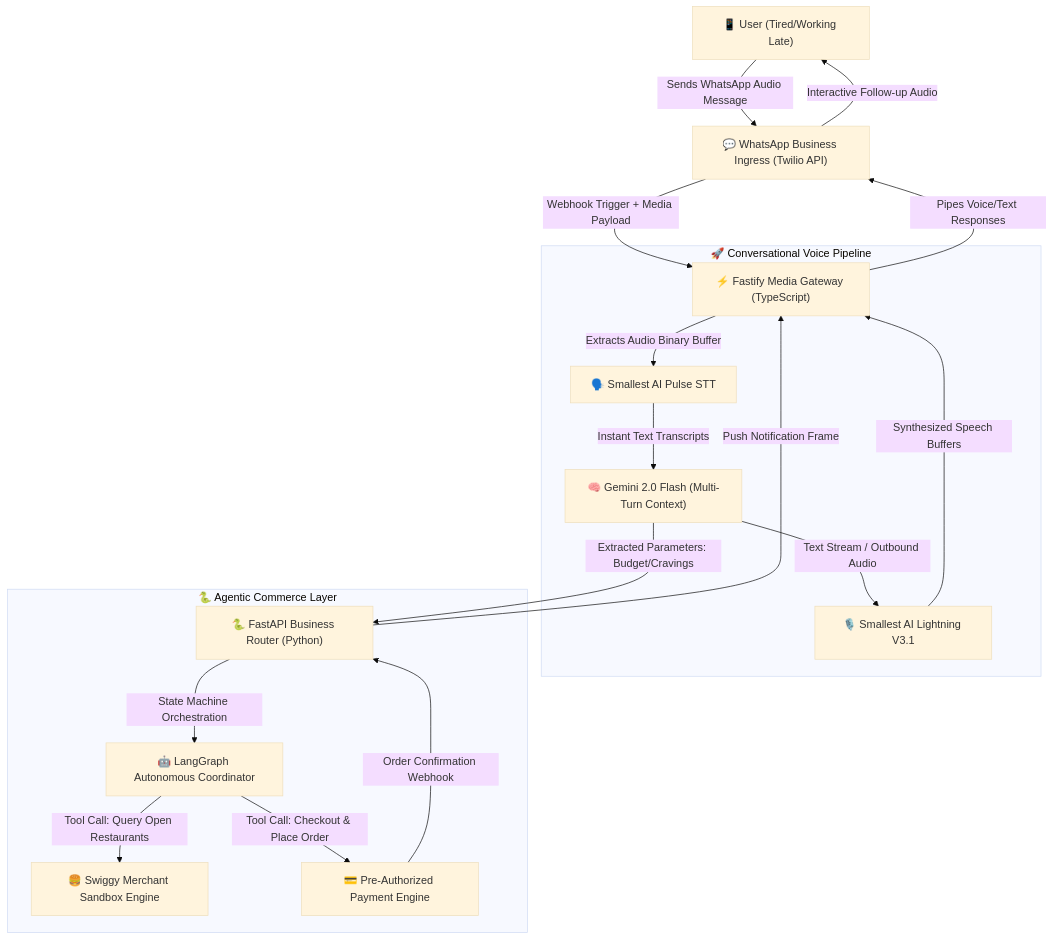
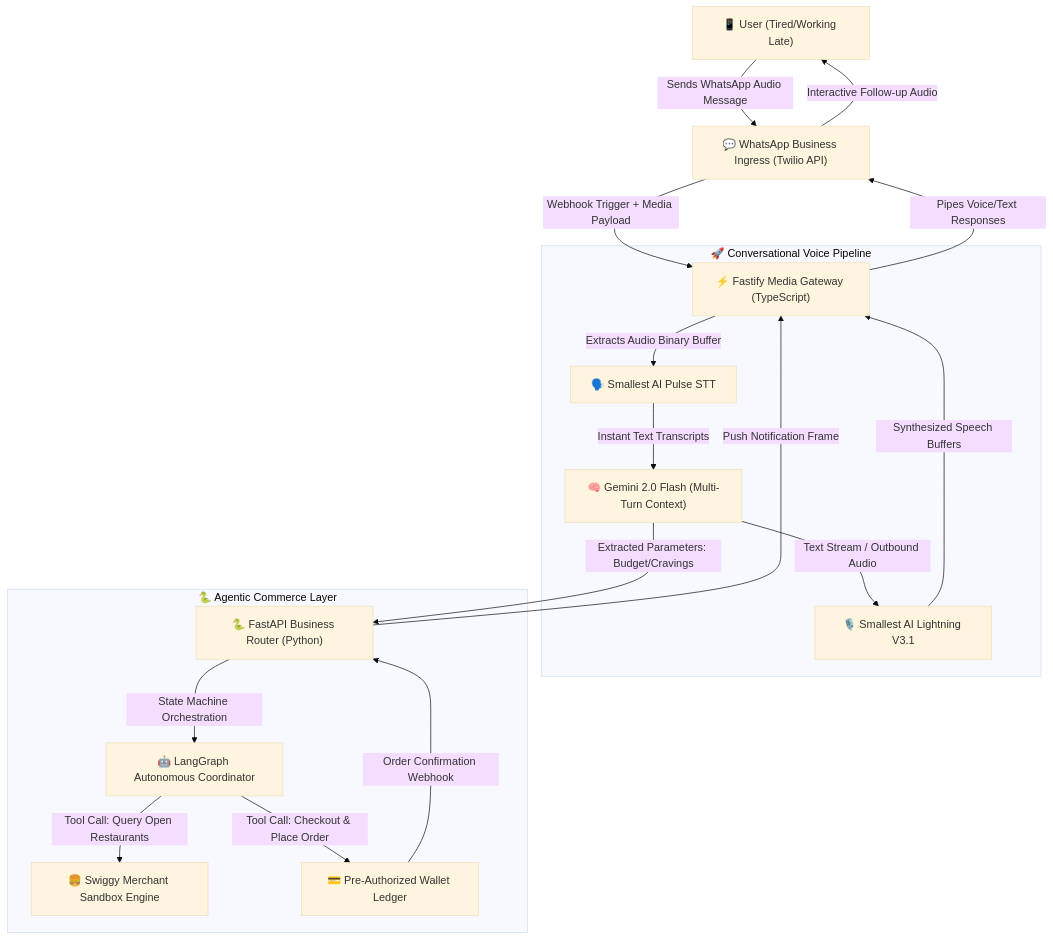
The diagram in README.md (vishalsingh2972/Late-Night-Bites), drawn with Mermaid (base theme) before and after one commit. The commit also changed other lines of this file, not shown here.

````diff
--- a/README.md
+++ b/README.md
@@ -11,24 +11,24 @@
 ```mermaid
 flowchart TD
     A["📱 User (Tired/Working Late)"] -->|Sends WhatsApp Audio Message| B["💬 WhatsApp Business Ingress (Twilio API)"]
     B -->|Webhook Trigger + Media Payload| C["⚡ Fastify Media Gateway (TypeScript)"]
     
     subgraph Conversation_Engine ["🚀 Conversational Voice Pipeline"]
         C -->|Extracts Audio Binary Buffer| D["🗣️ Smallest AI Pulse STT"]
         D -->|Instant Text Transcripts| E["🧠 Gemini 2.0 Flash (Multi-Turn Context)"]
         E -->|Text Stream / Outbound Audio| F["🎙️ Smallest AI Lightning V3.1"]
         F -->|Synthesized Speech Buffers| C
     end
     
     C -->|Pipes Voice/Text Responses| B -->|Interactive Follow-up Audio| A
     
     subgraph Autonomous_Execution ["🐍 Agentic Commerce Layer"]
         E -->|Extracted Parameters: Budget/Cravings| G["🐍 FastAPI Business Router (Python)"]
         G -->|State Machine Orchestration| H["🤖 LangGraph Autonomous Coordinator"]
         H -->|Tool Call: Query Open Restaurants| I["🍔 Swiggy Merchant Sandbox Engine"]
-        H -->|Tool Call: Checkout & Place Order| J["💳 Pre-Authorized Payment Engine"]
+        H -->|Tool Call: Checkout & Place Order| J["💳 Pre-Authorized Wallet Ledger"]
     end
     
     J -->|Order Confirmation Webhook| G -->|Push Notification Frame| C
 
 ```
````
